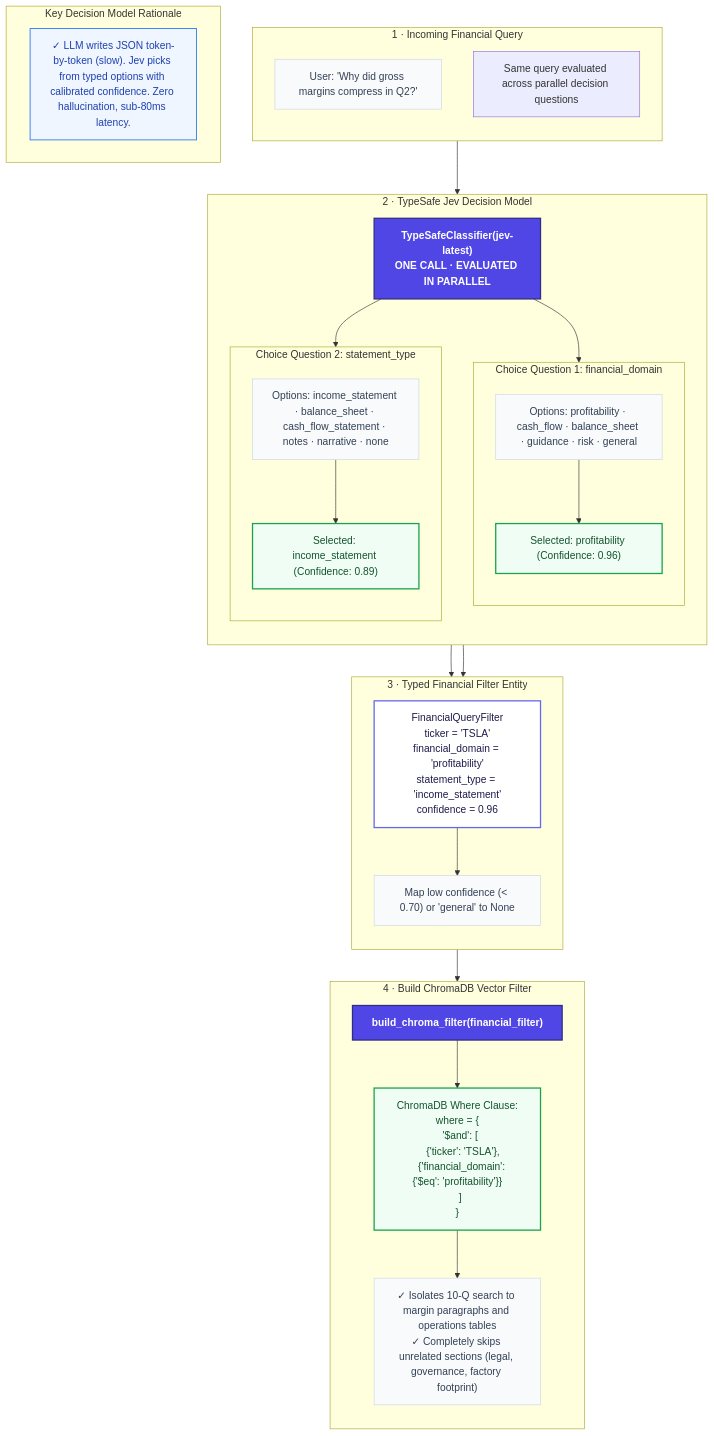
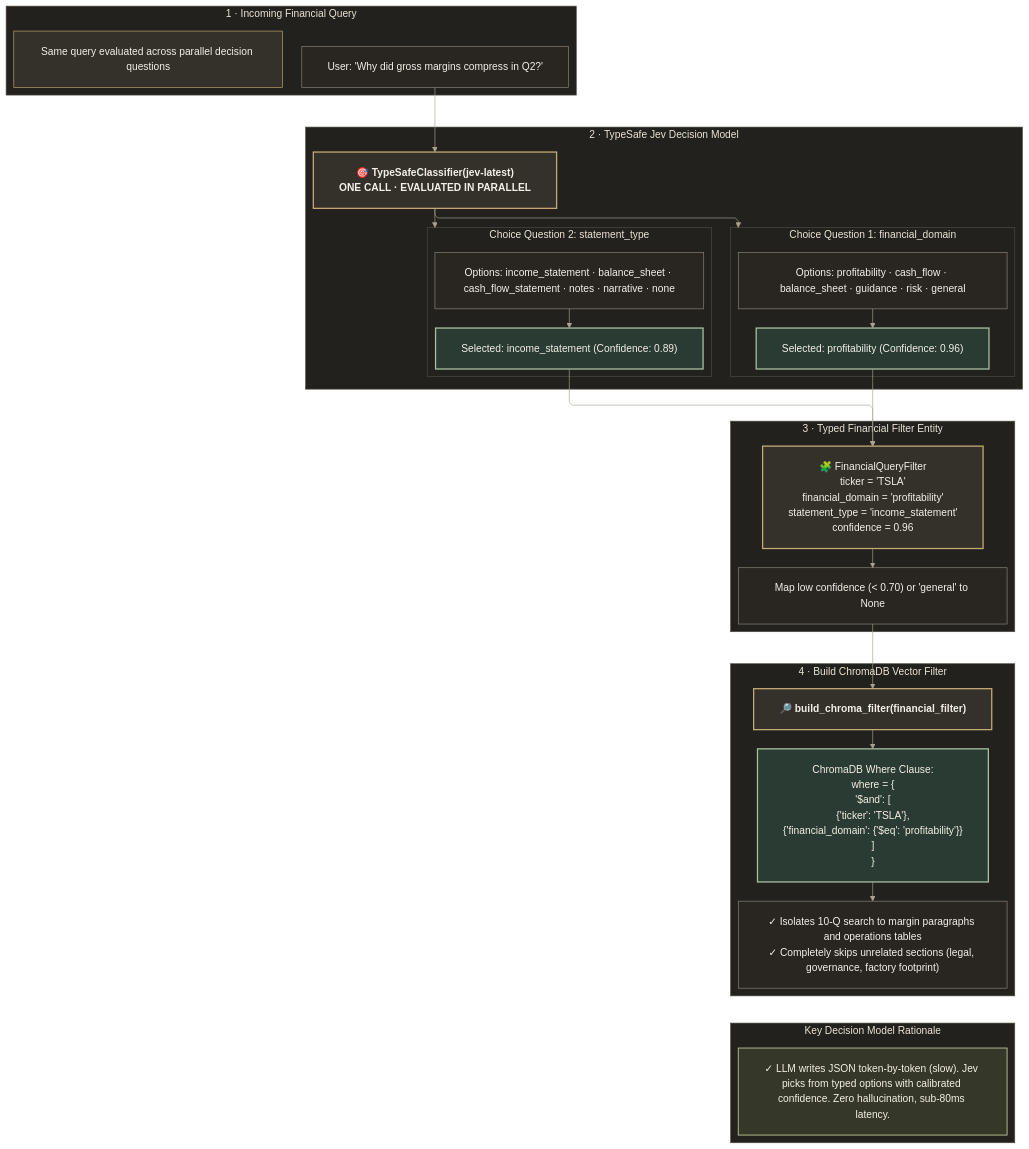
The ninth of 10 diagrams in week2-project-stock-ai-analyzer/ARCHITECTURE.md (tarunkhurana2015/ai-certification-gen-academy), drawn with Mermaid before and after one commit. The commit also changed other lines of this file and 22 other files, not shown here.

Commit message:
modified diagrams

````diff
--- a/week2-project-stock-ai-analyzer/ARCHITECTURE.md
+++ b/week2-project-stock-ai-analyzer/ARCHITECTURE.md
@@ -681,61 +795,66 @@
 ```mermaid
+%%{init: {"theme":"base","themeVariables":{"darkMode":true,"background":"#191816","primaryColor":"#34302A","primaryTextColor":"#F4EFE6","primaryBorderColor":"#C6AA76","secondaryColor":"#3C303B","secondaryTextColor":"#F4EFE6","secondaryBorderColor":"#BC9AAF","tertiaryColor":"#293B32","tertiaryTextColor":"#F4EFE6","tertiaryBorderColor":"#99B89B","lineColor":"#AAA294","textColor":"#F4EFE6","mainBkg":"#34302A","clusterBkg":"#22211E","clusterBorder":"#514B41","titleColor":"#ECE3D5","edgeLabelBackground":"#292620","actorBkg":"#34302A","actorBorder":"#C6AA76","actorTextColor":"#F4EFE6","actorLineColor":"#8F8679","signalColor":"#D6BA87","signalTextColor":"#ECE3D5","labelBoxBkgColor":"#3C303B","labelBoxBorderColor":"#BC9AAF","labelTextColor":"#F4EFE6","loopTextColor":"#E0CEDB","noteBkgColor":"#413526","noteTextColor":"#F1DEC0","noteBorderColor":"#D7B77A","activationBkgColor":"#293B32","activationBorderColor":"#99B89B","sequenceNumberColor":"#191816","fontFamily":"Arial, Helvetica, sans-serif","fontSize":"16px"},"themeCSS":"& { background-color: #191816; } .node rect, .node polygon, .node path, .node circle { stroke-width: 1.5px; } .node rect { rx: 9px; ry: 9px; } .cluster rect { rx: 12px; ry: 12px; } .cluster-label span { font-weight: 600; } .edgeLabel { color: #E9DECC; } .flowchart-link { stroke-width: 1.5px; } text, .label, .nodeLabel, .cluster-label, .edgeLabel, foreignObject, p, span { font-family: Arial, Helvetica, sans-serif !important; }","layout":"elk","elk":{"mergeEdges":true,"nodePlacementStrategy":"NETWORK_SIMPLEX","cycleBreakingStrategy":"GREEDY","forceNodeModelOrder":false},"flowchart":{"curve":"linear","nodeSpacing":36,"rankSpacing":64,"padding":20,"wrappingWidth":340,"useMaxWidth":true,"htmlLabels":true}}}%%
 flowchart TD
-    classDef stepNum fill:#4F46E5,stroke:#312E81,stroke-width:2px,color:#FFFFFF,font-weight:bold
-    classDef branchBox fill:#FFFFFF,stroke:#6366F1,stroke-width:2px,color:#1E1B4B
-    classDef subBox fill:#F8FAFC,stroke:#CBD5E1,stroke-width:1px,color:#334155
-    classDef resultBox fill:#F0FDF4,stroke:#16A34A,stroke-width:2px,color:#14532D
-    classDef banner fill:#EFF6FF,stroke:#3B82F6,stroke-width:1.5px,color:#1E40AF
+    classDef stepNum fill:#34302A,stroke:#C6AA76,stroke-width:2px,color:#F4EFE6,font-weight:bold
+    classDef branchBox fill:#34302A,stroke:#C6AA76,stroke-width:2px,color:#F4EFE6
+    classDef subBox fill:#292621,stroke:#8F8679,stroke-width:1px,color:#F4EFE6
+    classDef resultBox fill:#293B32,stroke:#A8C0A0,stroke-width:2px,color:#F4EFE6
+    classDef banner fill:#353829,stroke:#B1BB89,stroke-width:1.5px,color:#F4EFE6
 
     subgraph Step1["1 · Incoming Financial Query"]
         direction TB
         RawQ["User: 'Why did gross margins compress in Q2?'"]:::subBox
         QNote["Same query evaluated across parallel decision questions"]
     end
 
     subgraph Step2["2 · TypeSafe Jev Decision Model"]
         direction TB
-        JevEngine["TypeSafeClassifier(jev-latest)<br/>ONE CALL · EVALUATED IN PARALLEL"]:::stepNum
+        JevEngine["🎯 TypeSafeClassifier(jev-latest)<br/>ONE CALL · EVALUATED IN PARALLEL"]:::stepNum
         
         subgraph Question1["Choice Question 1: financial_domain"]
             direction TB
             D1["Options: profitability · cash_flow · balance_sheet · guidance · risk · general"]:::subBox
             A1["Selected: profitability (Confidence: 0.96)"]:::resultBox
             D1 --> A1
         end
 
         subgraph Question2["Choice Question 2: statement_type"]
             direction TB
             D2["Options: income_statement · balance_sheet · cash_flow_statement · notes · narrative · none"]:::subBox
             A2["Selected: income_statement (Confidence: 0.89)"]:::resultBox
             D2 --> A2
         end
 
         JevEngine --> Question1
         JevEngine --> Question2
     end
 
     subgraph Step3["3 · Typed Financial Filter Entity"]
         direction TB
-        FilterObj["FinancialQueryFilter<br/>ticker = 'TSLA'<br/>financial_domain = 'profitability'<br/>statement_type = 'income_statement'<br/>confidence = 0.96"]:::branchBox
+        FilterObj["🧩 FinancialQueryFilter<br/>ticker = 'TSLA'<br/>financial_domain = 'profitability'<br/>statement_type = 'income_statement'<br/>confidence = 0.96"]:::branchBox
         MapRule["Map low confidence (< 0.70) or 'general' to None"]:::subBox
         FilterObj --> MapRule
     end
 
     subgraph Step4["4 · Build ChromaDB Vector Filter"]
         direction TB
-        BuildFilter["build_chroma_filter(financial_filter)"]:::stepNum
+        BuildFilter["🔎 build_chroma_filter(financial_filter)"]:::stepNum
         FilterPayload["ChromaDB Where Clause:<br/>where = {<br/>  '$and': [<br/>    {'ticker': 'TSLA'},<br/>    {'financial_domain': {'$eq': 'profitability'}}<br/>  ]<br/>}"]:::resultBox
         ScopeNote["✓ Isolates 10-Q search to margin paragraphs and operations tables<br/>✓ Completely skips unrelated sections (legal, governance, factory footprint)"]:::subBox
         BuildFilter --> FilterPayload --> ScopeNote
     end
 
     RawQ --> JevEngine
     A1 --> FilterObj
     A2 --> FilterObj
     MapRule --> BuildFilter
 
     subgraph JevBanner["Key Decision Model Rationale"]
         direction LR
         JText["✓ LLM writes JSON token-by-token (slow). Jev picks from typed options with calibrated confidence. Zero hallucination, sub-80ms latency."]:::banner
     end
+
+    classDef default fill:#34302A,stroke:#C6AA76,color:#F4EFE6
+    linkStyle default stroke:#AAA294
+    ScopeNote ~~~ JevBanner
 ```
````
